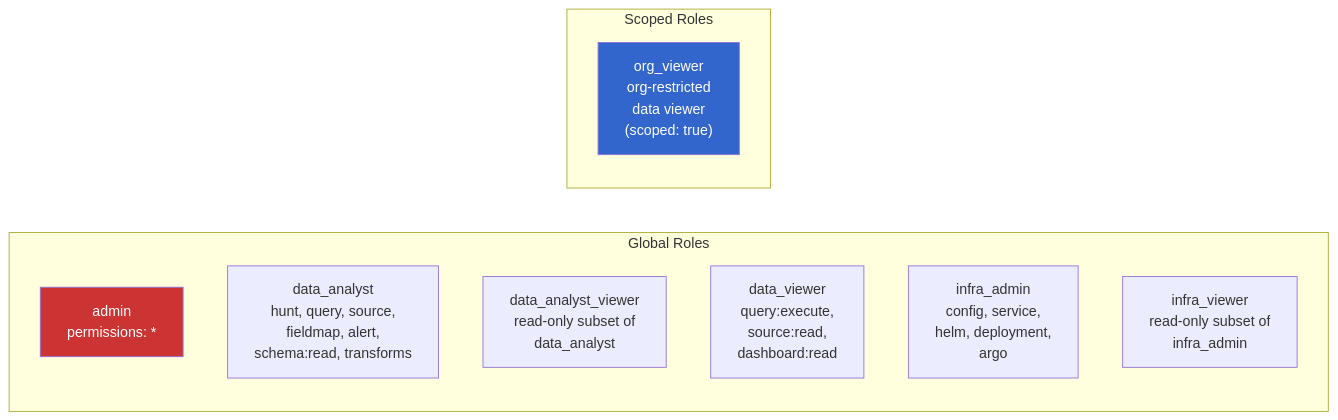
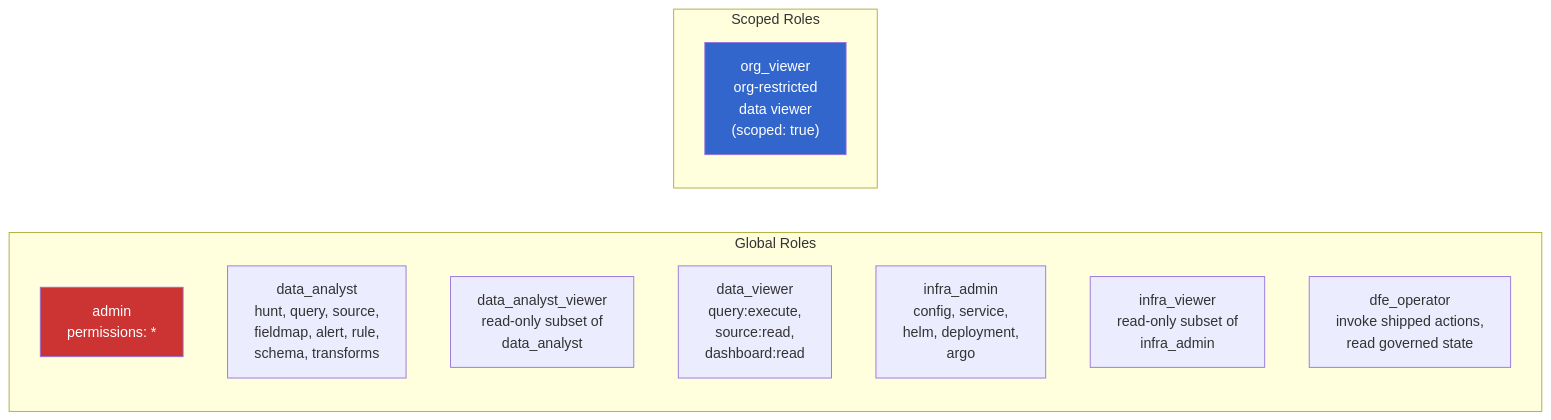
One commit to hyperi-io/dfe-engine changed the fourth of 10 diagrams in docs/control-plane/rbac.md. Above: the diagram before and after it, drawn with Mermaid. The commit also changed other lines of this file and 3 other files, not shown here.

````diff
--- a/docs/control-plane/rbac.md
+++ b/docs/control-plane/rbac.md
@@ -265,18 +271,19 @@
 ```mermaid
 graph LR
     subgraph "Global Roles"
         ADMIN["admin<br/>permissions: *"]
-        DA["data_analyst<br/>hunt, query, source,<br/>fieldmap, alert,<br/>schema:read, transforms"]
+        DA["data_analyst<br/>hunt, query, source,<br/>fieldmap, alert, rule,<br/>schema, transforms"]
         DAV["data_analyst_viewer<br/>read-only subset of<br/>data_analyst"]
         DV["data_viewer<br/>query:execute,<br/>source:read,<br/>dashboard:read"]
         IA["infra_admin<br/>config, service,<br/>helm, deployment,<br/>argo"]
         IV["infra_viewer<br/>read-only subset of<br/>infra_admin"]
+        OP["dfe_operator<br/>invoke shipped actions,<br/>read governed state"]
     end
 
     subgraph "Scoped Roles"
         CV["org_viewer<br/>org-restricted<br/>data viewer<br/>(scoped: true)"]
     end
 
     style ADMIN fill:#c33,color:#fff
     style CV fill:#36c,color:#fff
 ```
````
